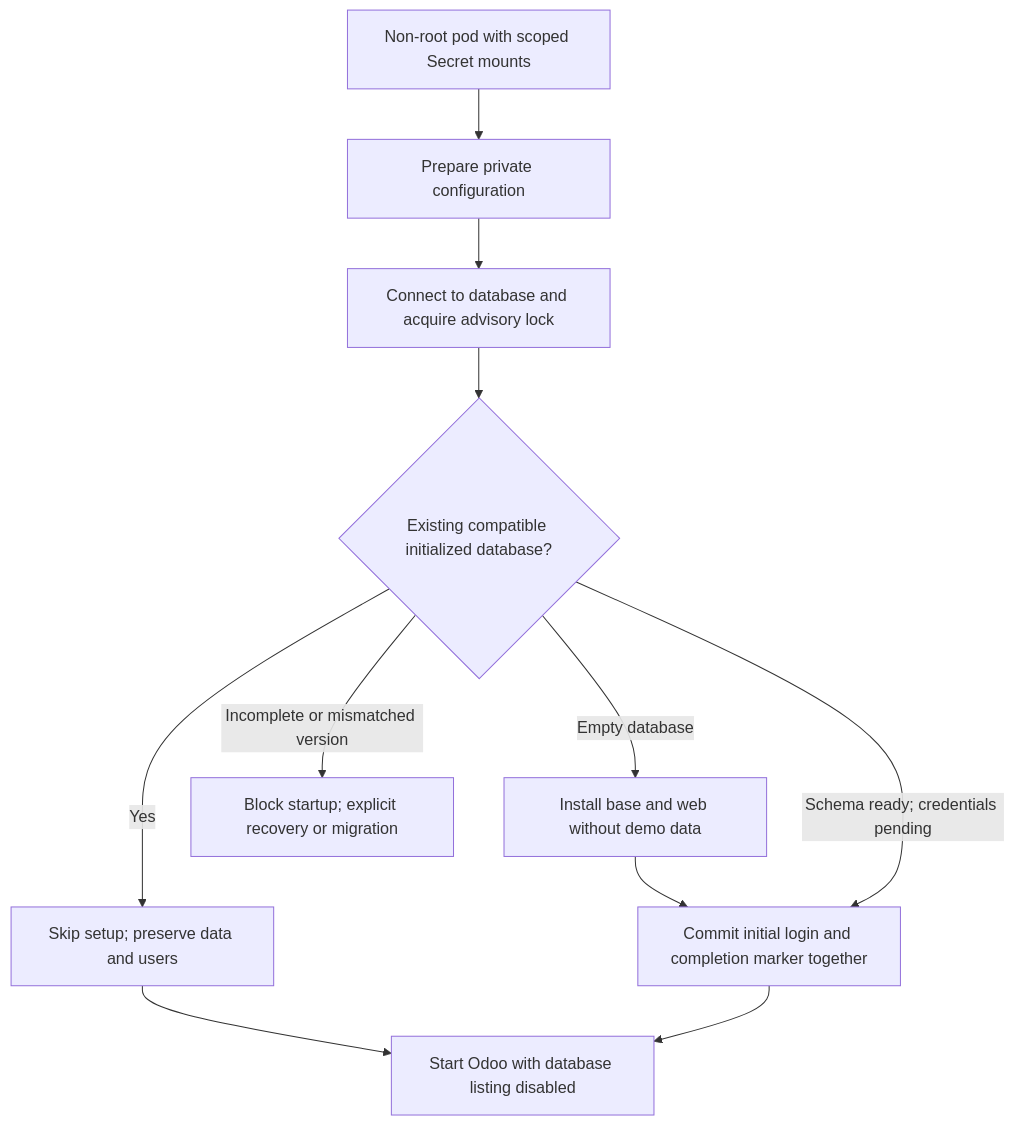
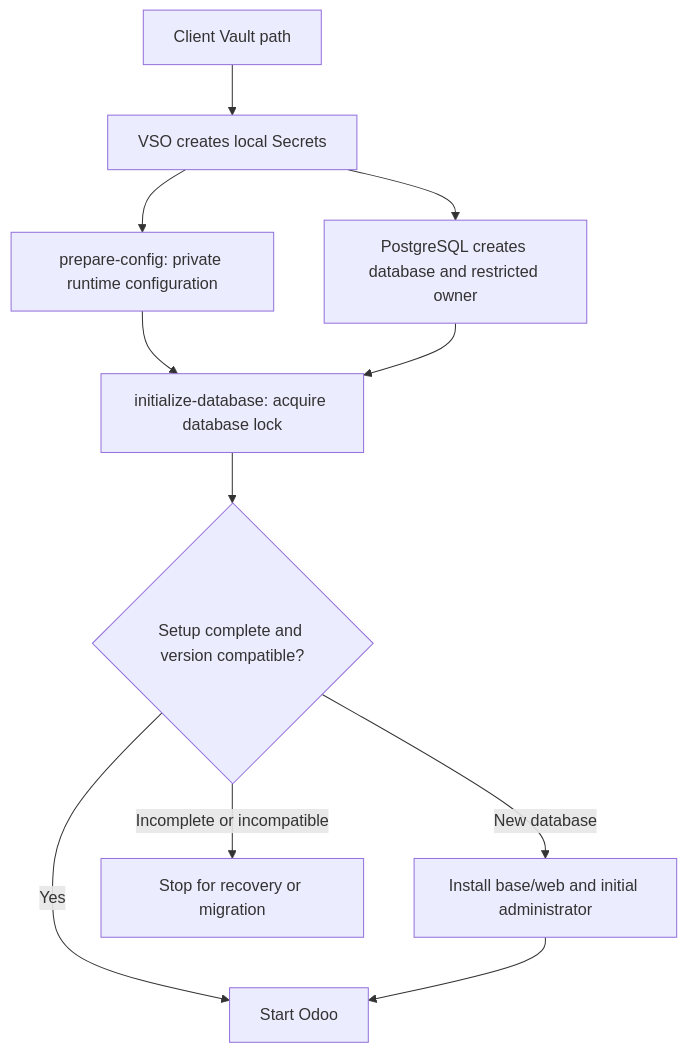
One commit to Blascker/SRE-CASE changed the second of 2 diagrams in DESIGN.md. Above: the diagram before and after it, drawn with Mermaid. The commit also changed other lines of this file and 4 other files, not shown here.

````diff
--- a/DESIGN.md
+++ b/DESIGN.md
@@ -184,13 +40,13 @@
 ```mermaid
 flowchart TB
-    Start["Non-root pod with scoped Secret mounts"] --> Config["Prepare private configuration"]
-    Config --> Lock["Connect to database and acquire advisory lock"]
-    Lock --> Version{"Existing compatible initialized database?"}
-    Version -->|"Yes"| Keep["Skip setup; preserve data and users"]
-    Version -->|"Empty database"| Init["Install base and web without demo data"]
-    Init --> Commit["Commit initial login and completion marker together"]
-    Version -->|"Schema ready; credentials pending"| Commit
-    Version -->|"Incomplete or mismatched version"| Block["Block startup; explicit recovery or migration"]
-    Keep --> Main["Start Odoo with database listing disabled"]
-    Commit --> Main
+    Vault["Client Vault path"] --> VSO["VSO creates local Secrets"]
+    VSO --> Config["prepare-config: private runtime configuration"]
+    VSO --> PG["PostgreSQL creates database and restricted owner"]
+    Config --> Init["initialize-database: acquire database lock"]
+    PG --> Init
+    Init --> Check{"Setup complete and version compatible?"}
+    Check -->|"Yes"| Start["Start Odoo"]
+    Check -->|"New database"| Setup["Install base/web and initial administrator"]
+    Setup --> Start
+    Check -->|"Incomplete or incompatible"| Block["Stop for recovery or migration"]
 ```
````
